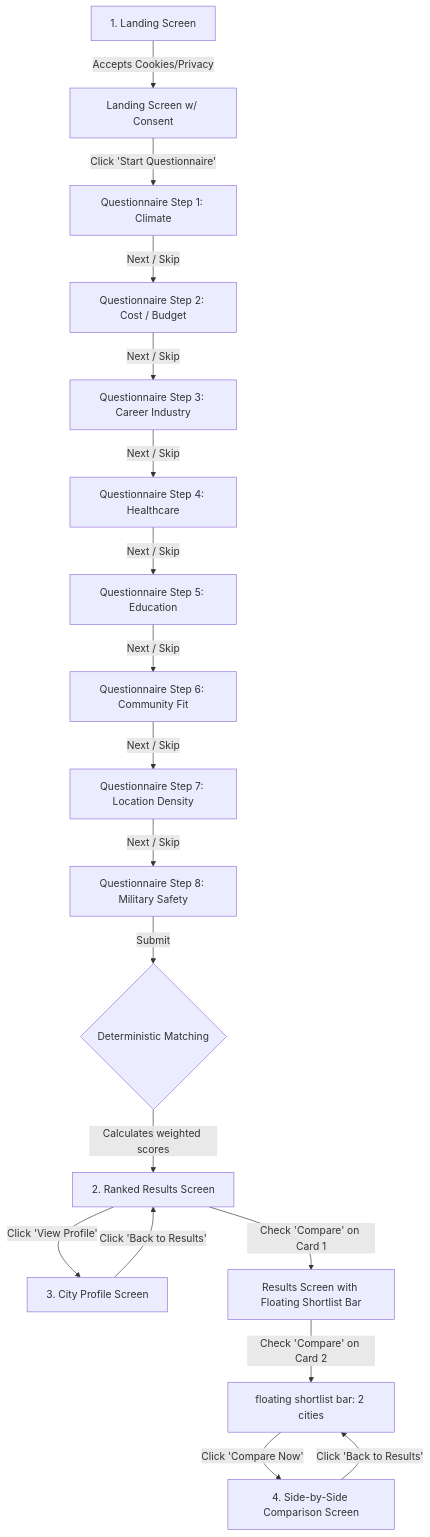
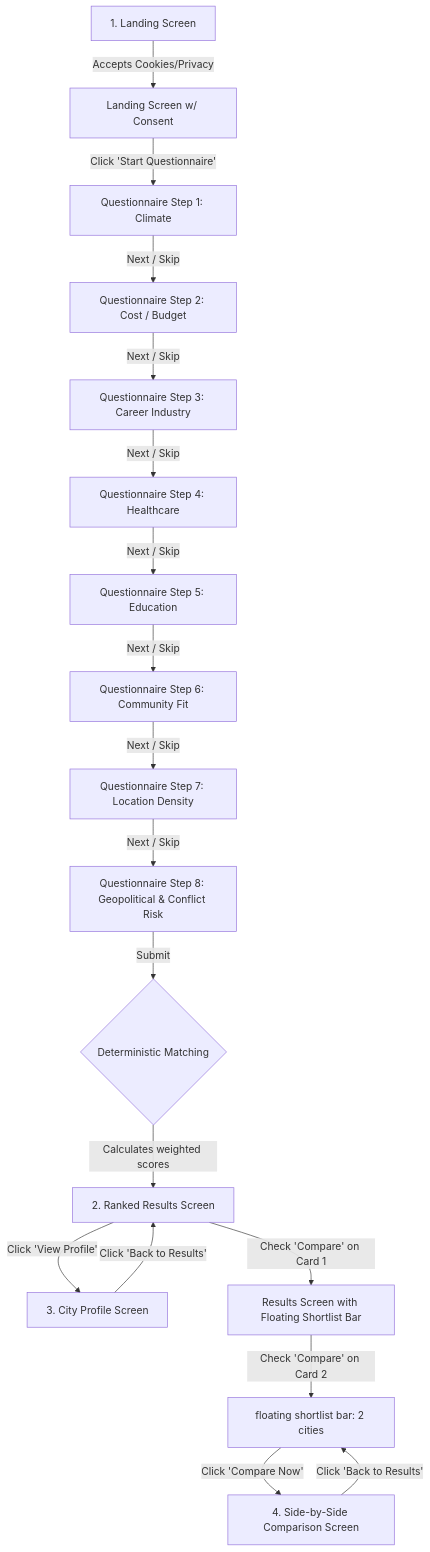
Before and after one commit to availlogic/relocate_wise: the diagram in docs/User-Flows.md, drawn with Mermaid. The commit also changed other lines of this file and 15 other files, not shown here.

````diff
--- a/docs/User-Flows.md
+++ b/docs/User-Flows.md
@@ -23,23 +24,23 @@
 ```mermaid
 graph TD
     Landing[1. Landing Screen] --> |Accepts Cookies/Privacy| LandingConsent[Landing Screen w/ Consent]
     LandingConsent --> |Click 'Start Questionnaire'| Q1[Questionnaire Step 1: Climate]
     Q1 --> |Next / Skip| Q2[Questionnaire Step 2: Cost / Budget]
     Q2 --> |Next / Skip| Q3[Questionnaire Step 3: Career Industry]
     Q3 --> |Next / Skip| Q4[Questionnaire Step 4: Healthcare]
     Q4 --> |Next / Skip| Q5[Questionnaire Step 5: Education]
     Q5 --> |Next / Skip| Q6[Questionnaire Step 6: Community Fit]
     Q6 --> |Next / Skip| Q7[Questionnaire Step 7: Location Density]
-    Q7 --> |Next / Skip| Q8[Questionnaire Step 8: Military Safety]
+    Q7 --> |Next / Skip| Q8[Questionnaire Step 8: Geopolitical & Conflict Risk]
     Q8 --> |Submit| MatchEngine{Deterministic Matching}
     MatchEngine --> |Calculates weighted scores| Results[2. Ranked Results Screen]
     
     Results --> |Click 'View Profile'| Profile[3. City Profile Screen]
     Profile --> |Click 'Back to Results'| Results
     
     Results --> |Check 'Compare' on Card 1| ResultsShortlist[Results Screen with Floating Shortlist Bar]
     ResultsShortlist --> |Check 'Compare' on Card 2| ResultsShortlist2[floating shortlist bar: 2 cities]
     ResultsShortlist2 --> |Click 'Compare Now'| Comparison[4. Side-by-Side Comparison Screen]
     
     Comparison --> |Click 'Back to Results'| ResultsShortlist2
 ```
````
